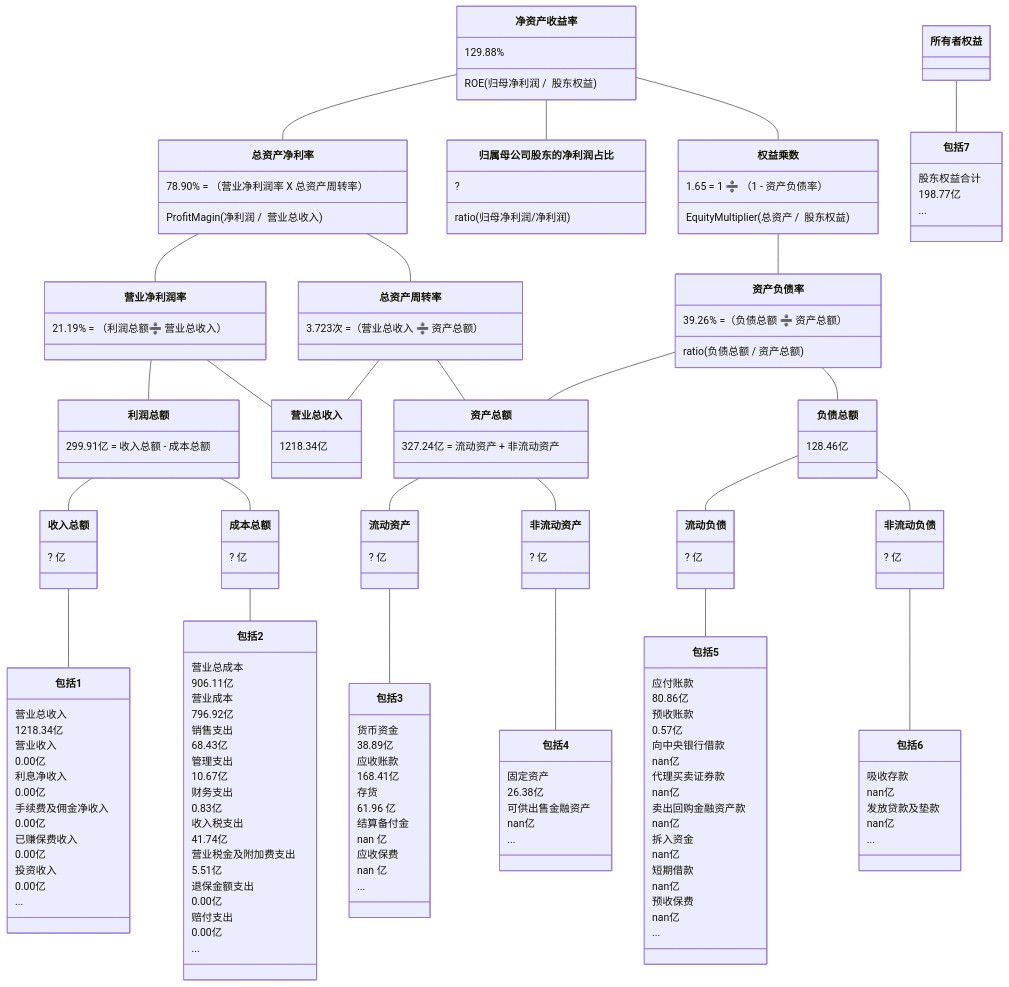
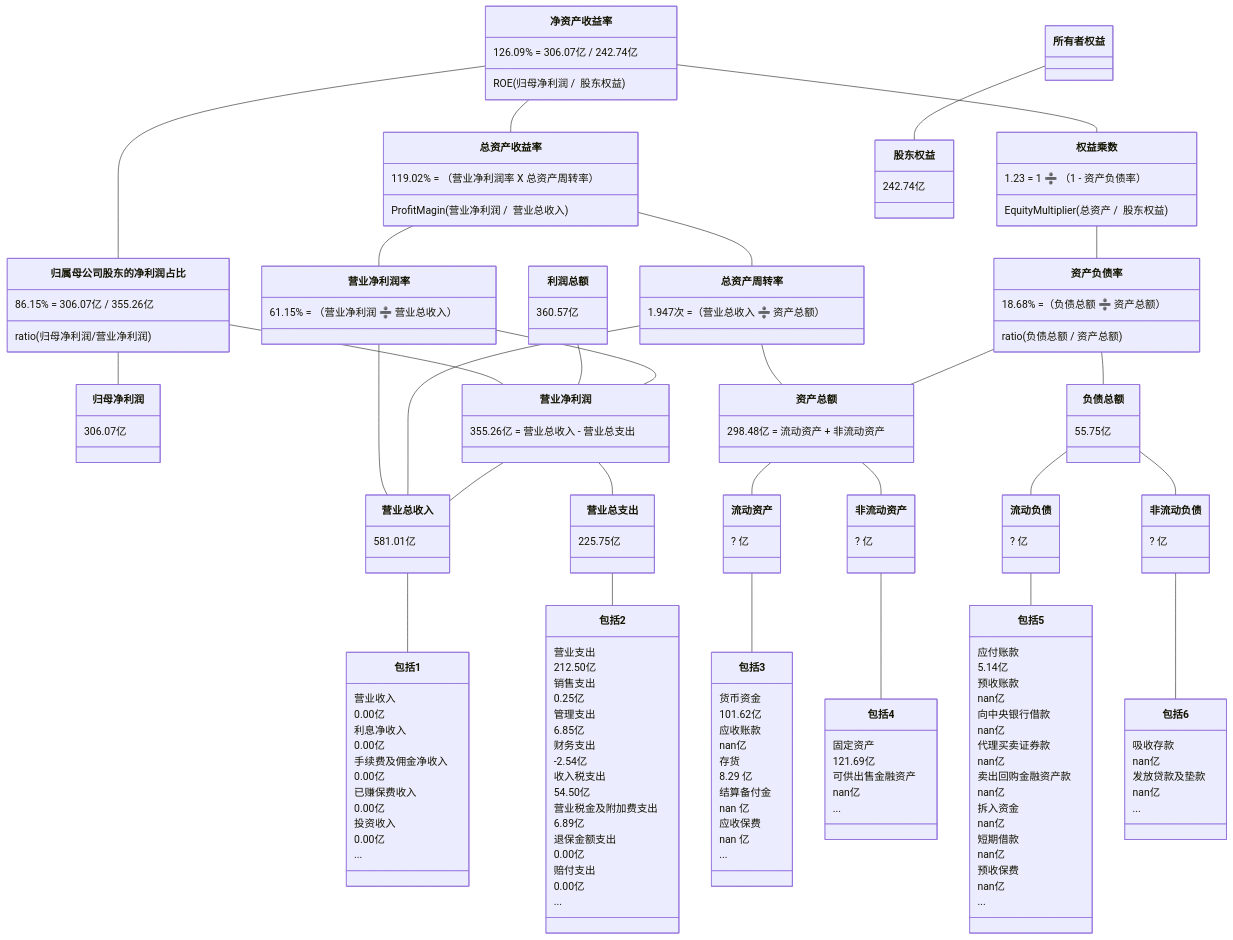
The ninth of 10 diagrams in 2/2.md (TheVeryDarkness/cs410), drawn with Mermaid before and after one commit. The commit also changed other lines of this file and 262 other files, not shown here.

````diff
--- a/2/2.md
+++ b/2/2.md
@@ -1052,53 +1189,55 @@
 ```mermaid
 classDiagram
-净资产收益率 -- 总资产净利率
-    净资产收益率 : 129.88%
+净资产收益率 -- 总资产收益率
+    净资产收益率 : 126.09% = 306.07亿 / 242.74亿
     净资产收益率 : ROE(归母净利润 /  股东权益)
-    总资产净利率 : 78.90% = （营业净利润率 X 总资产周转率）
-    总资产净利率 : ProfitMagin(净利润 /  营业总收入)
+    总资产收益率 : 119.02% = （营业净利润率 X 总资产周转率）
+    总资产收益率 : ProfitMagin(营业净利润 /  营业总收入)
 净资产收益率 -- 归属母公司股东的净利润占比
-	归属母公司股东的净利润占比 : ?
-	归属母公司股东的净利润占比 : ratio(归母净利润/净利润)
+	  归属母公司股东的净利润占比 : 86.15% = 306.07亿 / 355.26亿
+	  归属母公司股东的净利润占比 : ratio(归母净利润/营业净利润)
+归属母公司股东的净利润占比 -- 归母净利润
+    归母净利润 : 306.07亿
+归属母公司股东的净利润占比 -- 营业净利润
+利润总额 : 360.57亿
+利润总额 -- 营业净利润
 净资产收益率 -- 权益乘数
-    权益乘数 : 1.65 = 1 ➗ （1 - 资产负债率）
+    权益乘数 : 1.23 = 1 ➗ （1 - 资产负债率）
     权益乘数 : EquityMultiplier(总资产 /  股东权益)
-    
-总资产净利率 -- 营业净利润率
-    营业净利润率 : 21.19% = （利润总额➗ 营业总收入）
-总资产净利率 -- 总资产周转率
-    总资产周转率 : 3.723次 =（营业总收入 ➗ 资产总额）
+
+总资产收益率 -- 营业净利润率
+    营业净利润率 : 61.15% = （营业净利润 ➗ 营业总收入）
+总资产收益率 -- 总资产周转率
+    总资产周转率 : 1.947次 =（营业总收入 ➗ 资产总额）
 权益乘数 -- 资产负债率
-    资产负债率  : 39.26% =（负债总额 ➗ 资产总额）
+    资产负债率  : 18.68% =（负债总额 ➗ 资产总额）
     资产负债率  : ratio(负债总额 / 资产总额)
 
-营业净利润率 -- 利润总额
-   利润总额 : 299.91亿 = 收入总额 - 成本总额
+营业净利润率 -- 营业净利润
+    营业净利润 : 355.26亿 = 营业总收入 - 营业总支出
 营业净利润率 -- 营业总收入
-    营业总收入 : 1218.34亿
 总资产周转率 -- 营业总收入
 总资产周转率 -- 资产总额
-    资产总额 : 327.24亿 = 流动资产 + 非流动资产
-资产负债率 -- 　负债总额
-    负债总额 : 128.46亿
-资产负债率 -- 　资产总额
+    资产总额 : 298.48亿 = 流动资产 + 非流动资产
+资产负债率 -- 负债总额
+    负债总额 : 55.75亿
+资产负债率 -- 资产总额
 
 
-利润总额 -- 收入总额
-    收入总额 : ? 亿
-利润总额 -- 成本总额
-    成本总额 : ? 亿
+营业净利润 -- 营业总收入
+    营业总收入 : 581.01亿
+营业净利润 -- 营业总支出
+    营业总支出 : 225.75亿
 资产总额 -- 流动资产
-	流动资产 : ? 亿
+	  流动资产 : ? 亿
 资产总额 -- 非流动资产
-	非流动资产 : ? 亿
+	  非流动资产 : ? 亿
 负债总额 -- 流动负债
-	流动负债 : ? 亿
+	  流动负债 : ? 亿
 负债总额 -- 非流动负债
-	非流动负债 : ? 亿
+	  非流动负债 : ? 亿
 
-收入总额 -- 包括1
-    包括1 : 营业总收入
-    包括1 : 1218.34亿
+营业总收入 -- 包括1
     包括1 : 营业收入
     包括1 : 0.00亿
     包括1 : 利息净收入
@@ -1110,21 +1249,19 @@
     包括1 : 投资收入
     包括1 : 0.00亿
     包括1 : ...
-成本总额 -- 包括2
-    包括2 : 营业总成本
-    包括2 : 906.11亿
-    包括2 : 营业成本
-    包括2 : 796.92亿
+营业总支出 -- 包括2
+    包括2 : 营业支出
+    包括2 : 212.50亿
     包括2 : 销售支出
-    包括2 : 68.43亿
+    包括2 : 0.25亿
     包括2 : 管理支出
-    包括2 : 10.67亿
+    包括2 : 6.85亿
     包括2 : 财务支出
-    包括2 : 0.83亿
+    包括2 : -2.54亿
     包括2 : 收入税支出
-    包括2 : 41.74亿
+    包括2 : 54.50亿
     包括2 : 营业税金及附加费支出
-    包括2 : 5.51亿
+    包括2 : 6.89亿
     包括2 : 退保金额支出
     包括2 : 0.00亿
     包括2 : 赔付支出
@@ -1132,11 +1269,11 @@
     包括2 : ...
 流动资产 -- 包括3
     包括3 : 货币资金
-    包括3 : 38.89亿
+    包括3 : 101.62亿
     包括3 : 应收账款
-    包括3 : 168.41亿
+    包括3 : nan亿
     包括3 : 存货
-    包括3 : 61.96 亿
+    包括3 : 8.29 亿
     包括3 : 结算备付金
     包括3 : nan 亿
     包括3 : 应收保费
@@ -1144,15 +1281,15 @@
     包括3 : ...
 非流动资产 -- 包括4
     包括4 : 固定资产
-    包括4 : 26.38亿
+    包括4 : 121.69亿
     包括4 : 可供出售金融资产
     包括4 : nan亿
     包括4 : ...
 流动负债 -- 包括5
     包括5 : 应付账款
-    包括5 : 80.86亿
+    包括5 : 5.14亿
     包括5 : 预收账款
-    包括5 : 0.57亿
+    包括5 : nan亿
     包括5 : 向中央银行借款
     包括5 : nan亿
     包括5 : 代理买卖证券款
@@ -1172,8 +1309,6 @@
     包括6 : 发放贷款及垫款
     包括6 : nan亿
     包括6 : ...
-所有者权益 -- 包括7
-    包括7 : 股东权益合计
-    包括7 : 198.77亿
-    包括7 : ...
+所有者权益 -- 股东权益
+    股东权益 : 242.74亿
 ```
````
